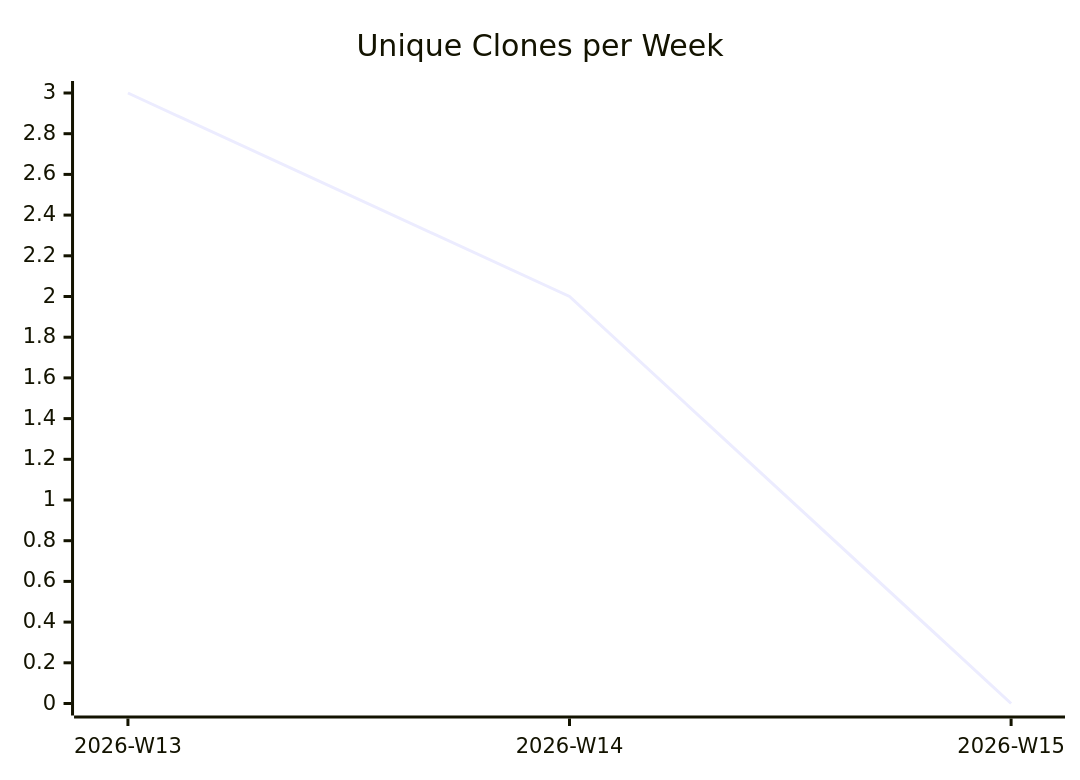
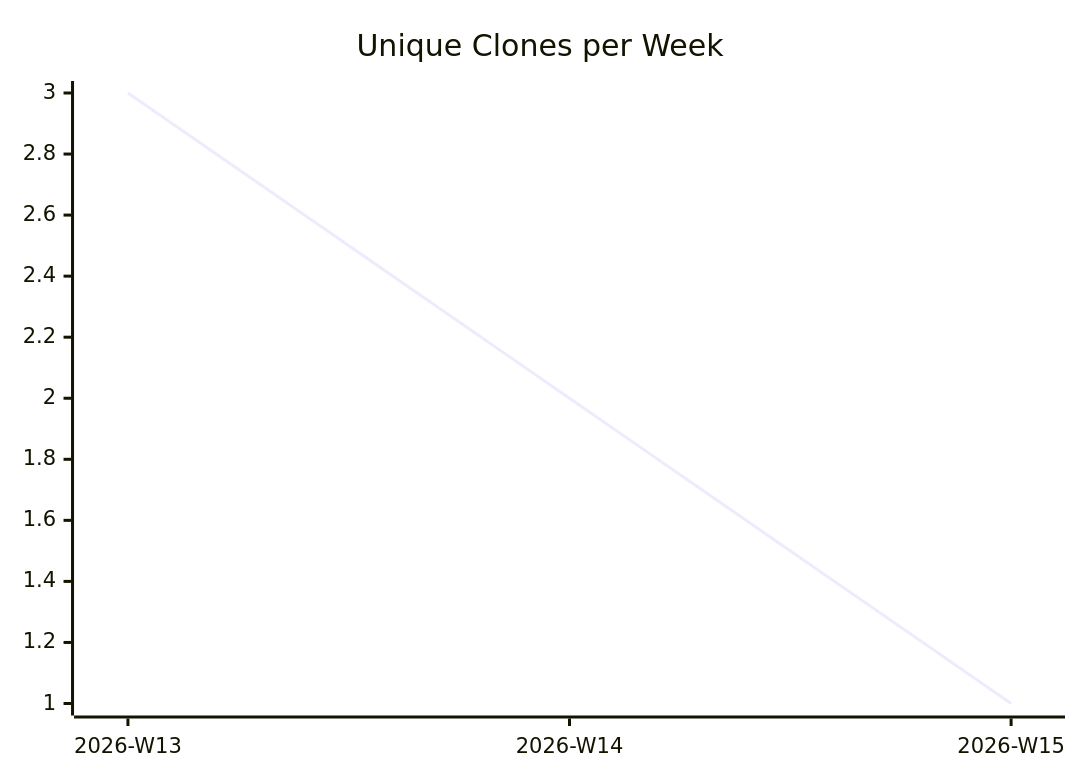
The third of 3 diagrams in karlmdavis/ansible-role-rcm-dotfiles/README.md (justdavis-family/github-analytics-data), drawn with Mermaid before and after one commit. The commit also changed other lines of this file and 191 other files, not shown here.

````diff
--- a/karlmdavis/ansible-role-rcm-dotfiles/README.md
+++ b/karlmdavis/ansible-role-rcm-dotfiles/README.md
@@ -19,6 +19,6 @@
 ```mermaid
 xychart-beta
   title "Unique Clones per Week"
   x-axis ["2026-W13", "2026-W14", "2026-W15"]
-  line [3, 2, 0]
+  line [3, 2, 1]
 ```
````
